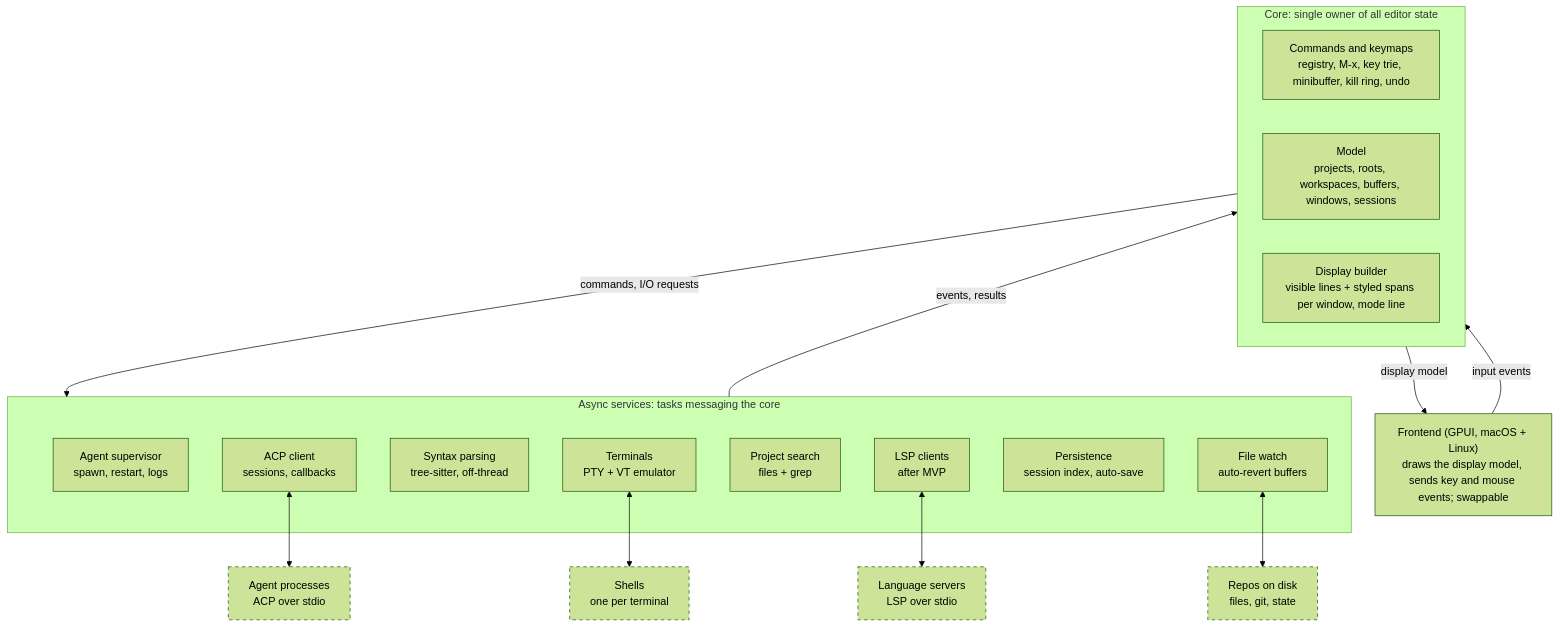
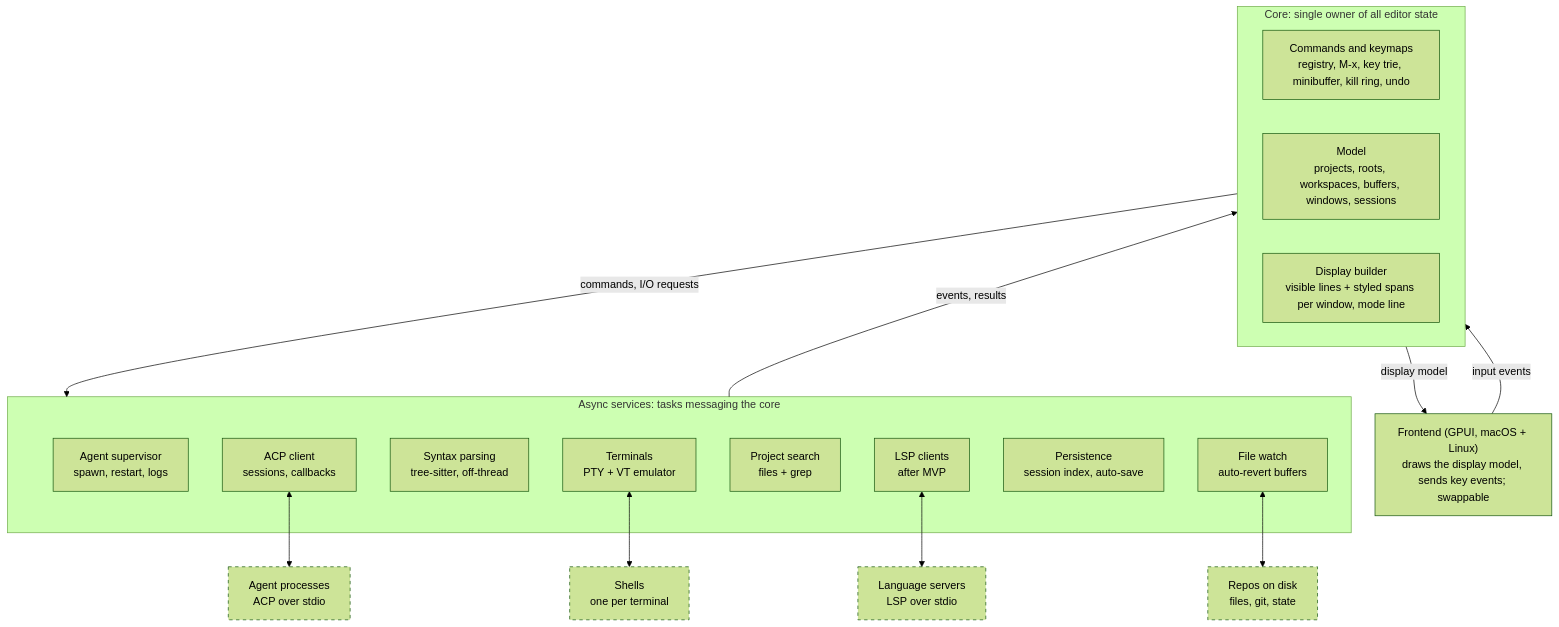
Before and after one commit to Root-man/aiditor: the diagram in docs/editor.md, drawn with Mermaid (forest theme). The commit also changed other lines of this file and 18 other files, not shown here.

````diff
--- a/docs/editor.md
+++ b/docs/editor.md
@@ -54,35 +54,35 @@
 ```mermaid
 flowchart TB
-  FE["Frontend (GPUI, macOS + Linux)<br/>draws the display model, sends key and mouse events; swappable"]
+  FE["Frontend (GPUI, macOS + Linux)<br/>draws the display model, sends key events; swappable"]
   subgraph core["Core: single owner of all editor state"]
     CMD["Commands and keymaps<br/>registry, M-x, key trie, minibuffer, kill ring, undo"]
     MODEL["Model<br/>projects, roots, workspaces, buffers, windows, sessions"]
     DISP["Display builder<br/>visible lines + styled spans per window, mode line"]
   end
   subgraph svc["Async services: tasks messaging the core"]
     AGS["Agent supervisor<br/>spawn, restart, logs"]
     ACP["ACP client<br/>sessions, callbacks"]
     SYN["Syntax parsing<br/>tree-sitter, off-thread"]
     TERM["Terminals<br/>PTY + VT emulator"]
     SRCH["Project search<br/>files + grep"]
     LSP["LSP clients<br/>after MVP"]
     PERS["Persistence<br/>session index, auto-save"]
     FW["File watch<br/>auto-revert buffers"]
   end
   AGP["Agent processes<br/>ACP over stdio"]
   SH["Shells<br/>one per terminal"]
   LS["Language servers<br/>LSP over stdio"]
   DISK["Repos on disk<br/>files, git, state"]
 
   FE -->|input events| core
   core -->|display model| FE
   core -->|commands, I/O requests| svc
   svc -->|events, results| core
   ACP <--> AGP
   TERM <--> SH
   LSP <--> LS
   FW <--> DISK
 
   classDef ext stroke-dasharray: 5 5
   class AGP,SH,LS,DISK ext
 ```
````
